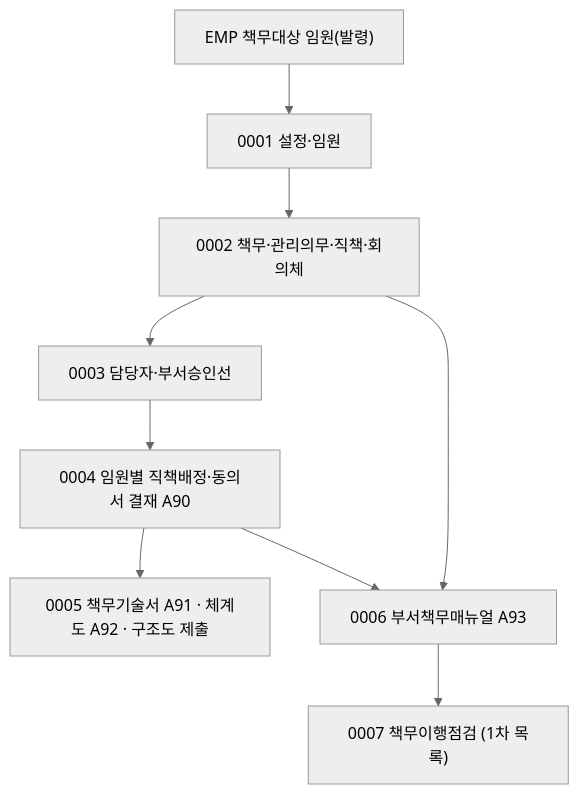
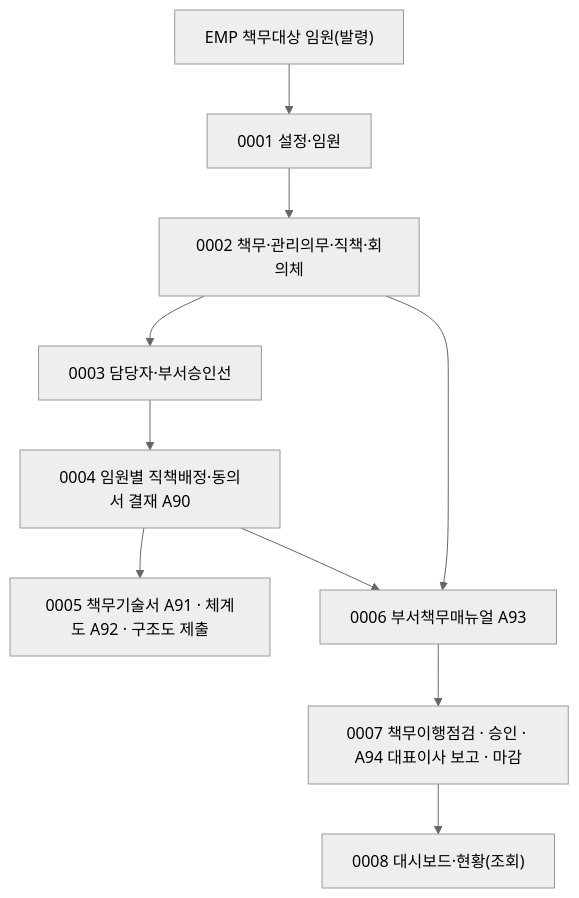
One commit to KimDoYoung/framework-sprt changed the diagram in AssetERP/docs/2-업무분석/biz-event/TDM/TDM-업무흐름.md. Above: the diagram before and after it, drawn with Mermaid (neutral theme). The commit also changed other lines of this file and 7 other files, not shown here.

````diff
--- a/AssetERP/docs/2-업무분석/biz-event/TDM/TDM-업무흐름.md
+++ b/AssetERP/docs/2-업무분석/biz-event/TDM/TDM-업무흐름.md
@@ -5,14 +5,15 @@
 ```mermaid
 flowchart TD
     T1["0001 설정·임원"]
     T2["0002 책무·관리의무·직책·회의체"]
     T3["0003 담당자·부서승인선"]
     T4["0004 임원별 직책배정·동의서 결재 A90"]
     T5["0005 책무기술서 A91 · 체계도 A92 · 구조도 제출"]
     T6["0006 부서책무매뉴얼 A93"]
-    T7["0007 책무이행점검 (1차 목록)"]
+    T7["0007 책무이행점검 · 승인 · A94 대표이사 보고 · 마감"]
+    T8["0008 대시보드·현황(조회)"]
     EMP["EMP 책무대상 임원(발령)"]
     EMP --> T1 --> T2 --> T3 --> T4 --> T5
     T2 --> T6
-    T4 --> T6 --> T7
+    T4 --> T6 --> T7 --> T8
 ```
````
